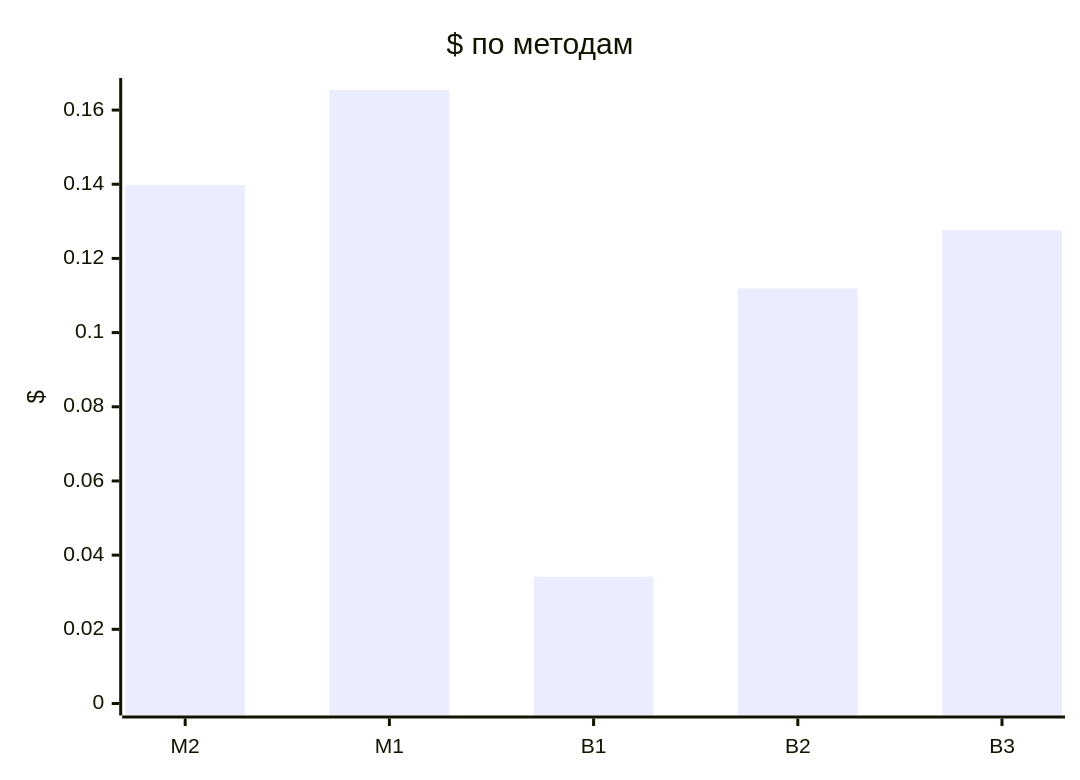
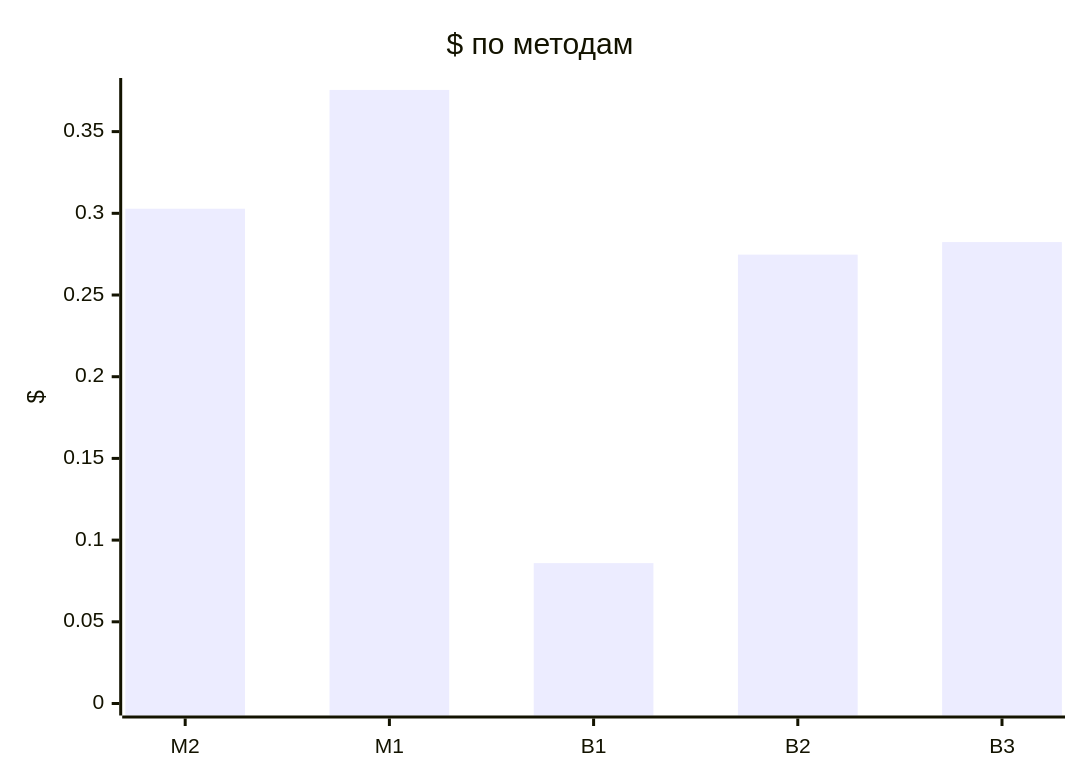
The second of 2 diagrams in evals/reports/results-2026-11-05-cheap-dev-v1-cheap.md (Axx-Axvd/reqgraph), drawn with Mermaid before and after one commit. The commit also changed other lines of this file and 6 other files, not shown here.

````diff
--- a/evals/reports/results-2026-11-05-cheap-dev-v1-cheap.md
+++ b/evals/reports/results-2026-11-05-cheap-dev-v1-cheap.md
@@ -43,7 +58,7 @@
 ```mermaid
 xychart-beta
     title "$ по методам"
     x-axis ["M2", "M1", "B1", "B2", "B3"]
-    y-axis "$" 0 --> 0.165408
-    bar [0.1398, 0.1654, 0.0342, 0.1119, 0.1276]
+    y-axis "$" 0 --> 0.375469
+    bar [0.3028, 0.3755, 0.0859, 0.2747, 0.2824]
 ```
````
